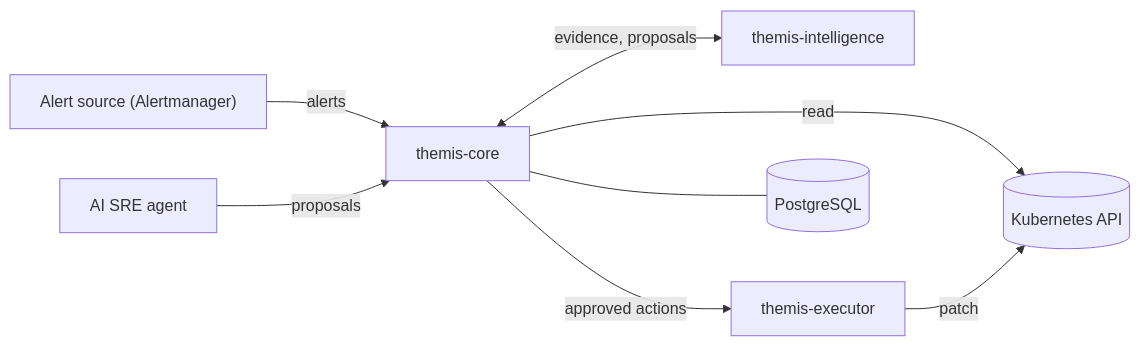
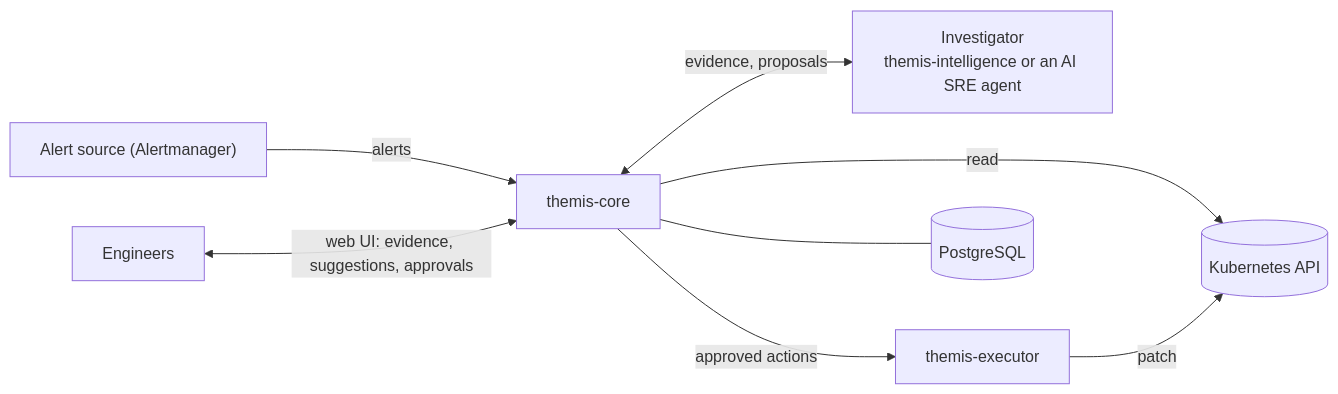
One commit to hzerrad/themis changed the diagram in README.md. Above: the diagram before and after it, drawn with Mermaid. The commit also changed other lines of this file, not shown here.

Commit message:
Show the investigator as Themis's own or an AI SRE agent in the README's architecture

````diff
--- a/README.md
+++ b/README.md
@@ -80,10 +80,10 @@
 ```mermaid
 flowchart LR
   AM["Alert source (Alertmanager)"] -->|alerts| Core[themis-core]
-  Core <-->|evidence, proposals| Intel[themis-intelligence]
-  Agent[AI SRE agent] -->|proposals| Core
+  Core <-->|evidence, proposals| Inv["Investigator<br/>themis-intelligence or an AI SRE agent"]
+  People[Engineers] <-->|"web UI: evidence, suggestions, approvals"| Core
   Core -->|approved actions| Exec[themis-executor]
   Core -->|read| K8s[(Kubernetes API)]
   Exec -->|patch| K8s
   Core --- PG[(PostgreSQL)]
 ```
````
